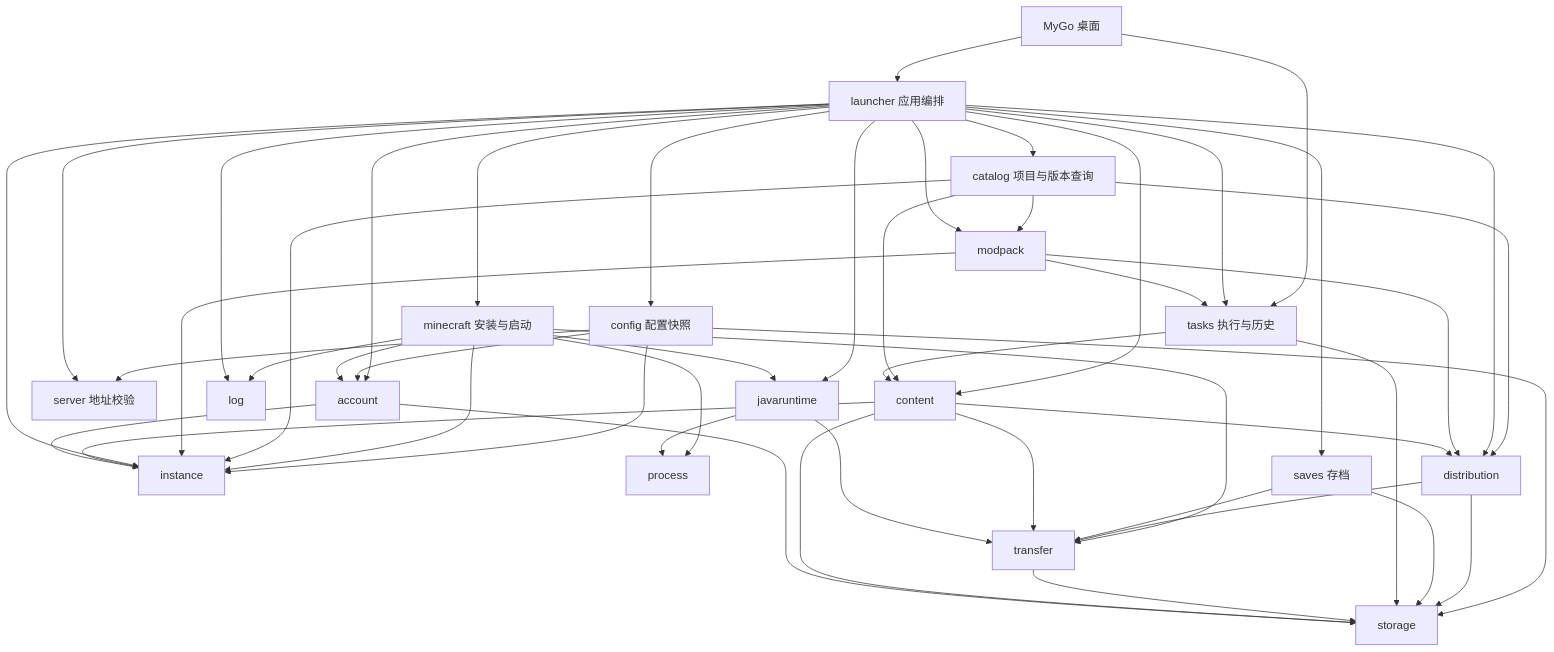
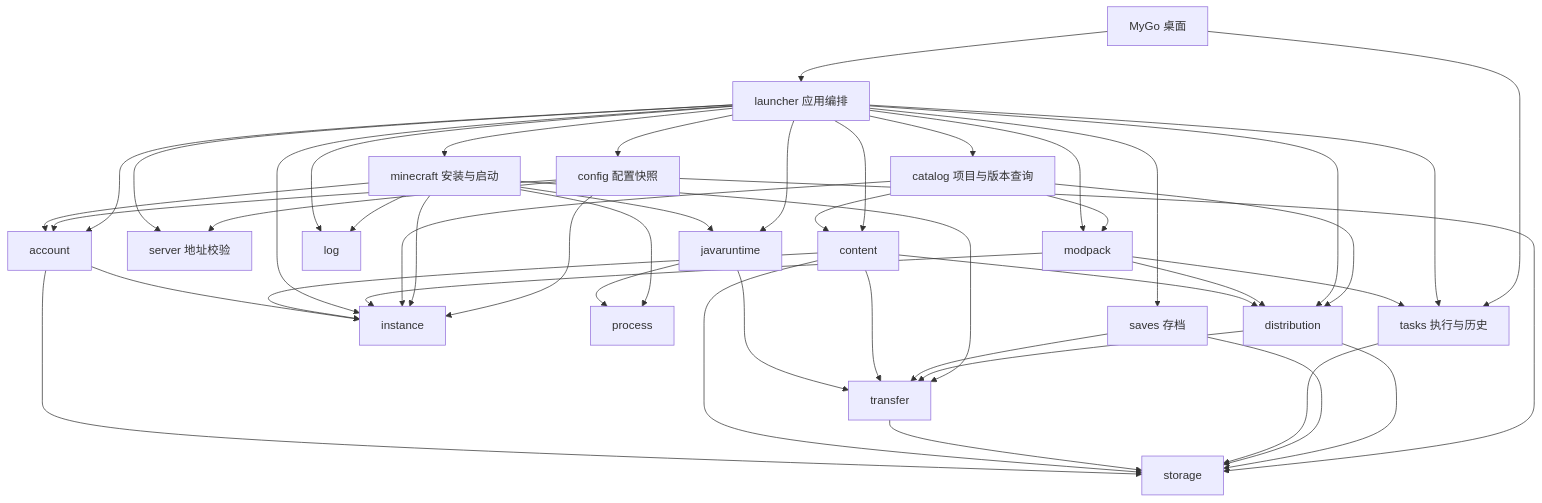
One commit to CAUCraft/LXMCL changed the diagram in docs/architecture.md. Above: the diagram before and after it, drawn with Mermaid. The commit also changed other lines of this file and 7 other files, not shown here.

````diff
--- a/docs/architecture.md
+++ b/docs/architecture.md
@@ -32,50 +32,49 @@
 ```mermaid
 flowchart TD
     UI[MyGo 桌面] --> Launcher[launcher 应用编排]
     UI --> Tasks[tasks 执行与历史]
     Launcher --> Tasks
     Launcher --> Account[account]
     Launcher --> Config[config 配置快照]
     Config --> Instance
     Config --> Account
     Config --> Storage
     Config --> Server[server 地址校验]
     Launcher --> Java[javaruntime]
     Launcher --> Minecraft[minecraft 安装与启动]
     Minecraft --> Java
     Minecraft --> Account
     Minecraft --> Instance
     Minecraft --> Transfer
     Minecraft --> Process
     Minecraft --> Logs
     Launcher --> Content[content]
     Launcher --> Catalog[catalog 项目与版本查询]
     Catalog --> Content
     Catalog --> Instance
     Catalog --> Modpack
     Catalog --> Distribution
     Launcher --> Modpack[modpack]
     Launcher --> Distribution[distribution]
     Modpack --> Distribution
     Modpack --> Instance
     Modpack --> Tasks
     Distribution --> Transfer
     Distribution --> Storage
     Launcher --> Instance[instance]
     Launcher --> Server
     Launcher --> Saves[saves 存档]
     Saves --> Storage
     Saves --> Transfer
-    Tasks --> Content
     Tasks --> Storage
     Content --> Instance
     Content --> Distribution
     Content --> Transfer[transfer]
     Transfer --> Storage
     Content --> Storage
     Java --> Transfer
     Java --> Process[process]
     Account --> Instance
     Account --> Storage[storage]
     Launcher --> Logs[log]
 ```
````
